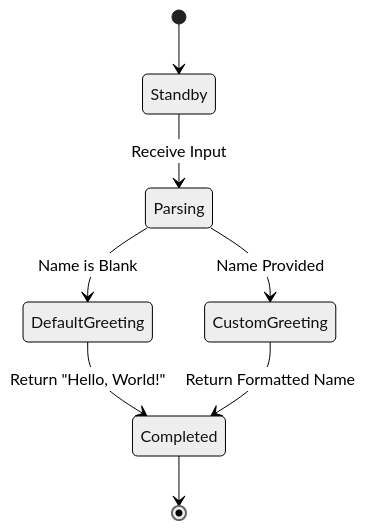
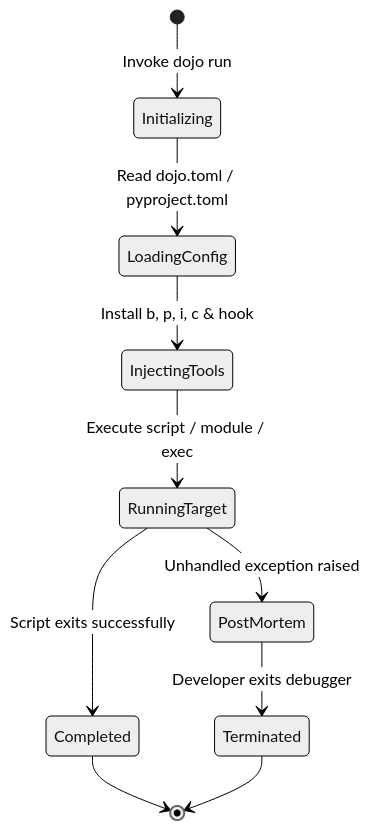
One commit to bwrob/debug-dojo changed the third of 3 diagrams in docs/getting-started.md. Above: the diagram before and after it, drawn with Mermaid (neutral theme). The commit also changed other lines of this file and 15 other files, not shown here.

````diff
--- a/docs/getting-started.md
+++ b/docs/getting-started.md
@@ -158,10 +200,12 @@
 ```mermaid
 stateDiagram-v2
-    [*] --> Standby
-    Standby --> Parsing: Receive Input
-    Parsing --> DefaultGreeting: Name is Blank
-    Parsing --> CustomGreeting: Name Provided
-    DefaultGreeting --> Completed: Return "Hello, World!"
-    CustomGreeting --> Completed: Return Formatted Name
+    [*] --> Initializing: Invoke dojo run
+    Initializing --> LoadingConfig: Read dojo.toml / pyproject.toml
+    LoadingConfig --> InjectingTools: Install b, p, i, c & hook
+    InjectingTools --> RunningTarget: Execute script / module / exec
+    RunningTarget --> Completed: Script exits successfully
+    RunningTarget --> PostMortem: Unhandled exception raised
+    PostMortem --> Terminated: Developer exits debugger
     Completed --> [*]
+    Terminated --> [*]
 ```
````
